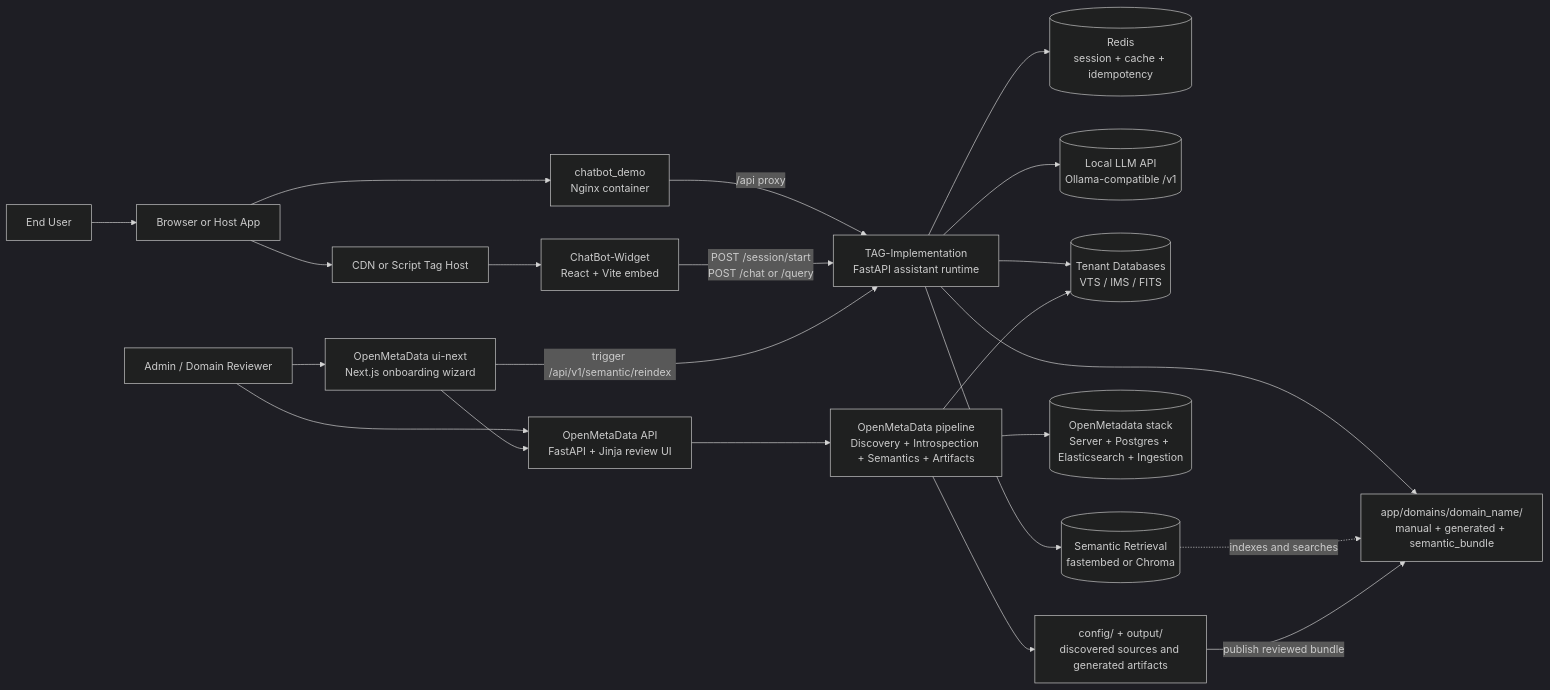
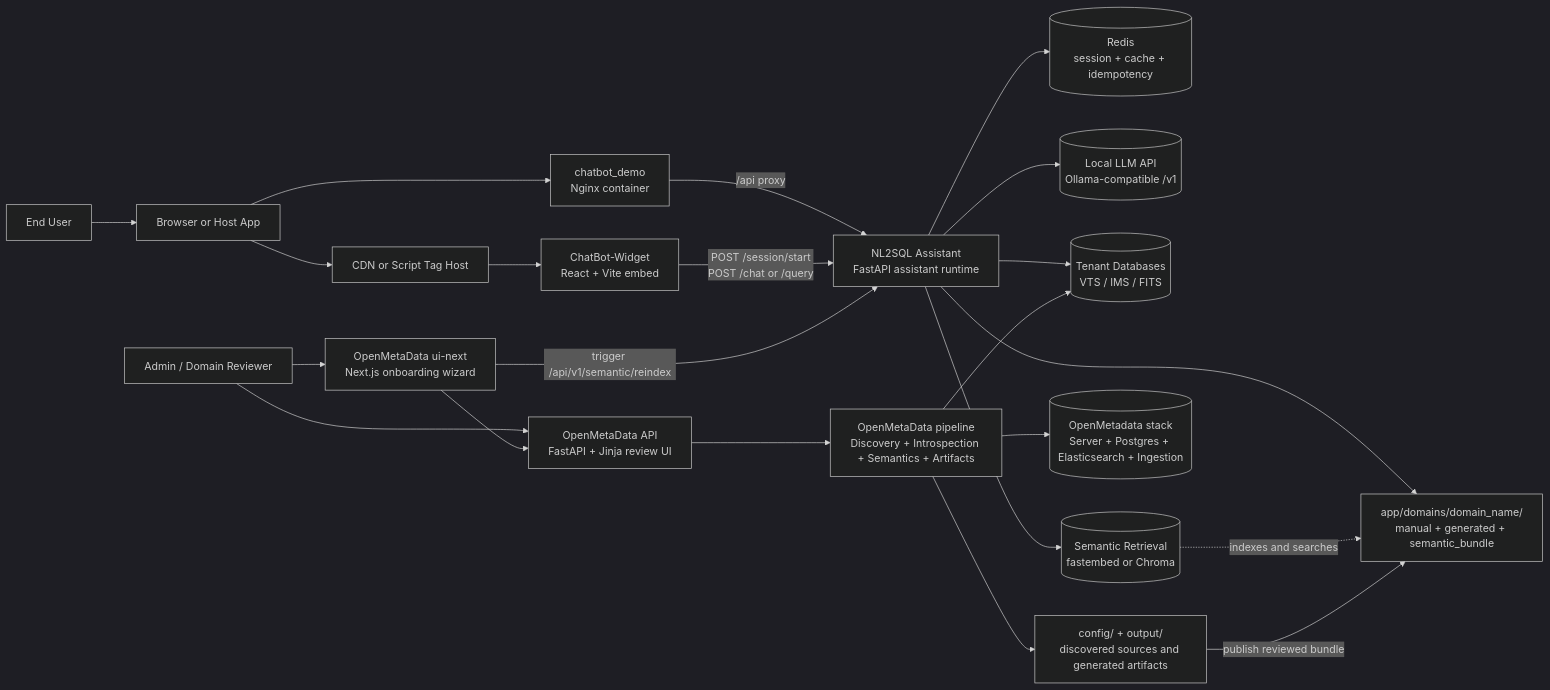
One commit to deepakraaaj/TAG-Implementation changed the first of 5 diagrams in docs/architecture/workspace-architecture.md. Above: the diagram before and after it, drawn with Mermaid (dark theme). The commit also changed other lines of this file and 17 other files, not shown here.

````diff
--- a/docs/architecture/workspace-architecture.md
+++ b/docs/architecture/workspace-architecture.md
@@ -26,46 +26,46 @@
 ```mermaid
 flowchart LR
   User[End User]
   Browser[Browser or Host App]
   CDN[CDN or Script Tag Host]
   Widget[ChatBot-Widget\nReact + Vite embed]
   Demo[chatbot_demo\nNginx container]
-  TAG[TAG-Implementation\nFastAPI assistant runtime]
+  TAG[NL2SQL Assistant\nFastAPI assistant runtime]
   Redis[(Redis\nsession + cache + idempotency)]
   LLM[(Local LLM API\nOllama-compatible /v1)]
   DBs[(Tenant Databases\nVTS / IMS / FITS)]
   DomainFiles[app/domains/domain_name/\nmanual + generated + semantic_bundle]
   Search[(Semantic Retrieval\nfastembed or Chroma)]
 
   Admin[Admin / Domain Reviewer]
   OMAPI[OpenMetaData API\nFastAPI + Jinja review UI]
   OMUI[OpenMetaData ui-next\nNext.js onboarding wizard]
   OMCore[OpenMetaData pipeline\nDiscovery + Introspection + Semantics + Artifacts]
   OMSys[(OpenMetadata stack\nServer + Postgres + Elasticsearch + Ingestion)]
   Workspace[config/ + output/\ndiscovered sources and generated artifacts]
 
   User --> Browser
   Browser --> CDN
   CDN --> Widget
   Browser --> Demo
   Demo -->|/api proxy| TAG
   Widget -->|POST /session/start\nPOST /chat or /query| TAG
 
   TAG --> Redis
   TAG --> LLM
   TAG --> DBs
   TAG --> DomainFiles
   TAG --> Search
   Search -. indexes and searches .-> DomainFiles
 
   Admin --> OMUI
   Admin --> OMAPI
   OMUI --> OMAPI
   OMAPI --> OMCore
   OMCore --> DBs
   OMCore --> Workspace
   OMCore --> OMSys
 
   Workspace -->|publish reviewed bundle| DomainFiles
   OMUI -->|trigger /api/v1/semantic/reindex| TAG
 ```
````
